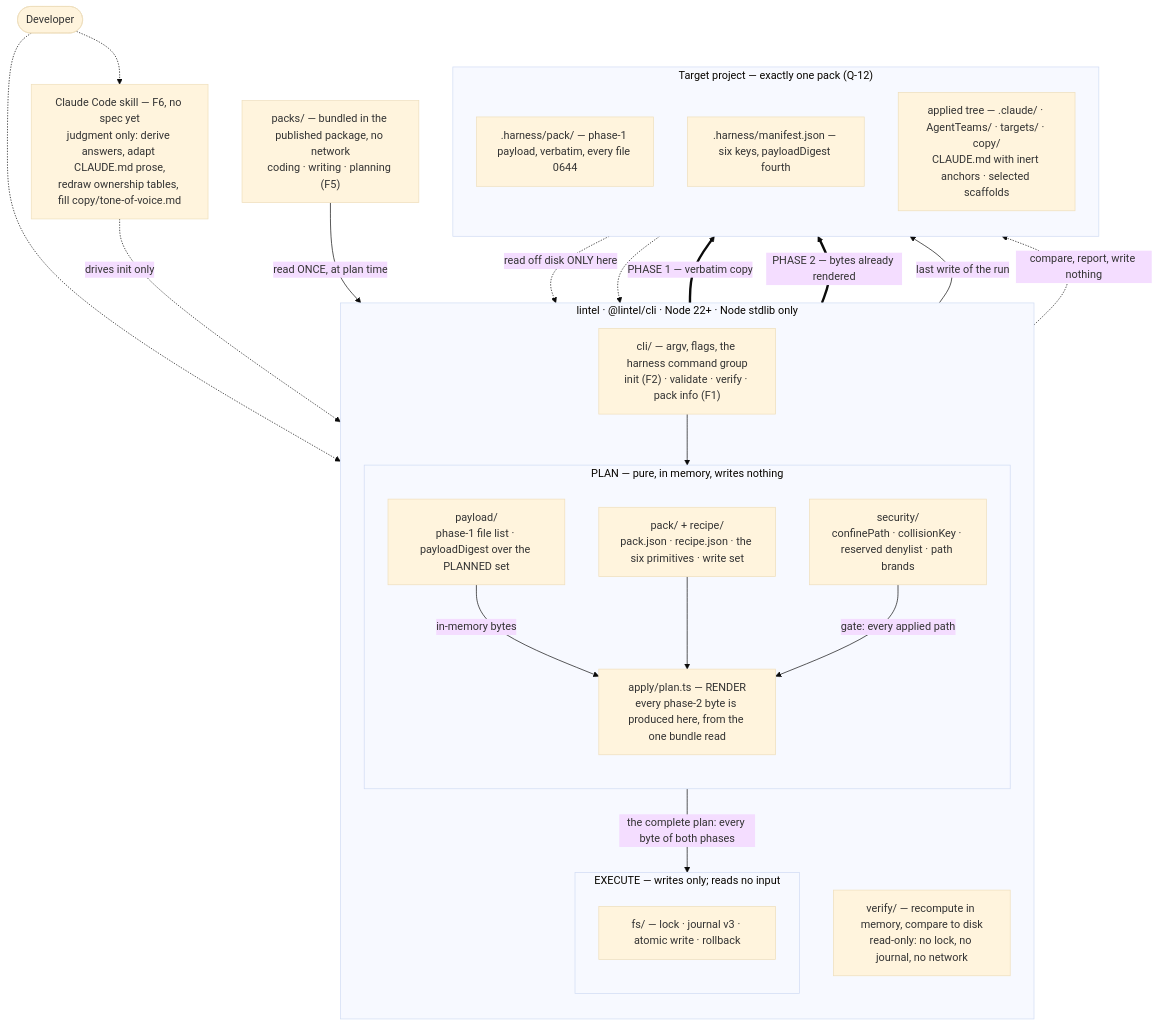
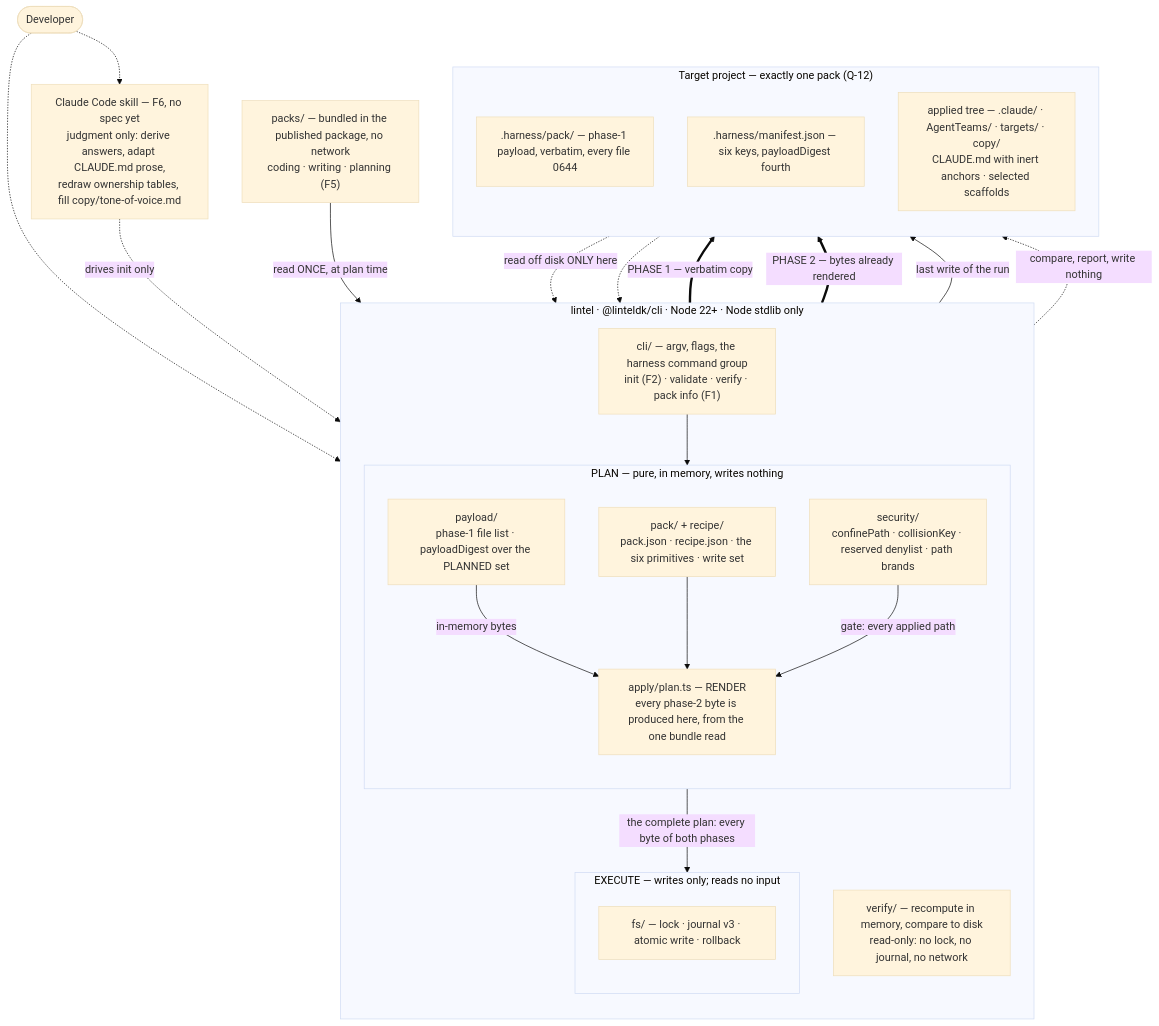
The diagram in specifications/general/system-architecture.md (ThomasHoest/lintel-harness), drawn with Mermaid (base theme) before and after one commit. The commit also changed other lines of this file and 24 other files, not shown here.

First line of the commit message:
build: publish as @linteldk/cli — @lintel was taken on npm

````diff
--- a/specifications/general/system-architecture.md
+++ b/specifications/general/system-architecture.md
@@ -111,49 +111,49 @@
 ```mermaid
 flowchart TB
   dev(["Developer"])
   skill["Claude Code skill — F6, no spec yet<br/>judgment only: derive answers, adapt CLAUDE.md prose,<br/>redraw ownership tables, fill copy/tone-of-voice.md"]
   bundle["packs/ — bundled in the published package, no network<br/>coding · writing · planning (F5)"]
 
-  subgraph cli["lintel · @lintel/cli · Node 22+ · Node stdlib only"]
+  subgraph cli["lintel · @linteldk/cli · Node 22+ · Node stdlib only"]
     direction TB
     cliq["cli/ — argv, flags, the harness command group<br/>init (F2) · validate · verify · pack info (F1)"]
 
     subgraph planner["PLAN — pure, in memory, writes nothing"]
       direction TB
       pk["pack/ + recipe/<br/>pack.json · recipe.json · the six primitives · write set"]
       se["security/<br/>confinePath · collisionKey · reserved denylist · path brands"]
       pl["payload/<br/>phase-1 file list · payloadDigest over the PLANNED set"]
       rn["apply/plan.ts — RENDER<br/>every phase-2 byte is produced here, from the one bundle read"]
     end
 
     subgraph writer["EXECUTE — writes only; reads no input"]
       direction TB
       fsw["fs/ — lock · journal v3 · atomic write · rollback"]
     end
 
     vf["verify/ — recompute in memory, compare to disk<br/>read-only: no lock, no journal, no network"]
   end
 
   subgraph proj["Target project — exactly one pack (Q-12)"]
     direction TB
     hp[".harness/pack/ — phase-1 payload, verbatim, every file 0644"]
     hm[".harness/manifest.json — six keys, payloadDigest fourth"]
     ap["applied tree — .claude/ · AgentTeams/ · targets/ · copy/<br/>CLAUDE.md with inert anchors · selected scaffolds"]
   end
 
   dev -.-> skill
   dev -.-> cliq
   skill -.->|drives init only| cliq
   cliq --> pk
   bundle -->|"read ONCE, at plan time"| pl
   pl -->|in-memory bytes| rn
   pk --> rn
   se -->|"gate: every applied path"| rn
   rn -->|"the complete plan: every byte of both phases"| fsw
   fsw ==>|"PHASE 1 — verbatim copy"| hp
   fsw ==>|"PHASE 2 — bytes already rendered"| ap
   fsw -->|"last write of the run"| hm
   hp -.->|"read off disk ONLY here"| vf
   hm -.-> vf
   vf -.->|compare, report, write nothing| ap
 ```
````
